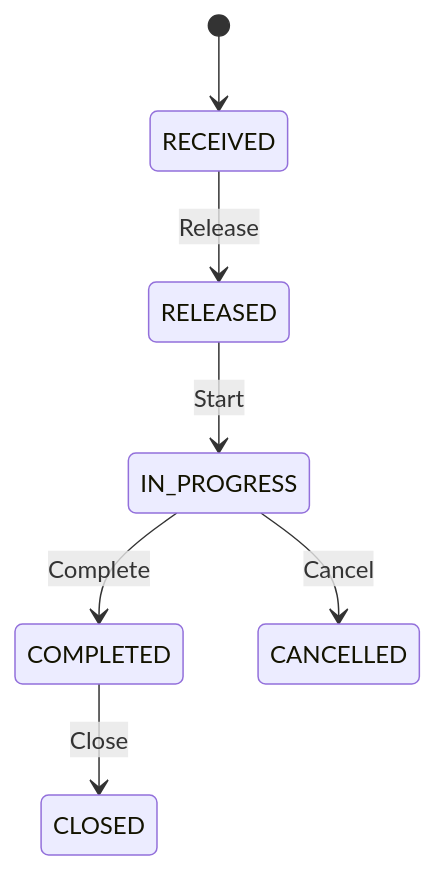
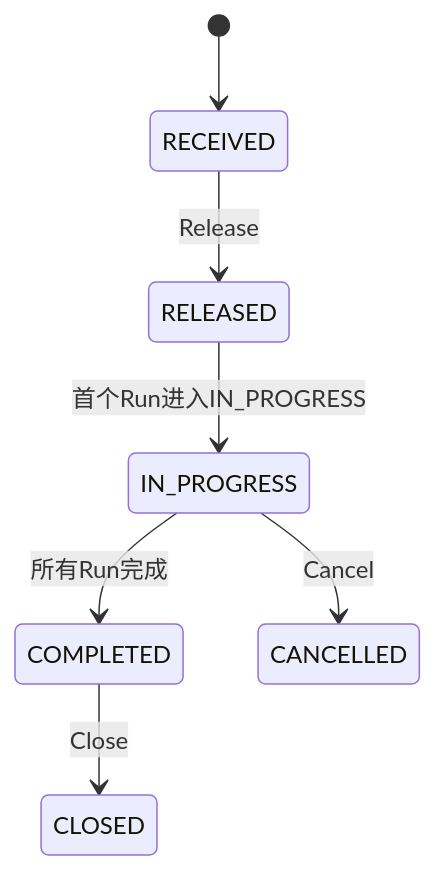
The first of 5 diagrams in domain_docs/mes/spec/process/02_state_machines.md (catoncat/better), drawn with Mermaid before and after one commit. The commit also changed other lines of this file and 4 other files, not shown here.

````diff
--- a/domain_docs/mes/spec/process/02_state_machines.md
+++ b/domain_docs/mes/spec/process/02_state_machines.md
@@ -17,9 +19,9 @@
 ```mermaid
 stateDiagram-v2
   [*] --> RECEIVED
   RECEIVED --> RELEASED: Release
-  RELEASED --> IN_PROGRESS: Start
-  IN_PROGRESS --> COMPLETED: Complete
+  RELEASED --> IN_PROGRESS: 首个Run进入IN_PROGRESS
+  IN_PROGRESS --> COMPLETED: 所有Run完成
   IN_PROGRESS --> CANCELLED: Cancel
   COMPLETED --> CLOSED: Close
 ```
````
